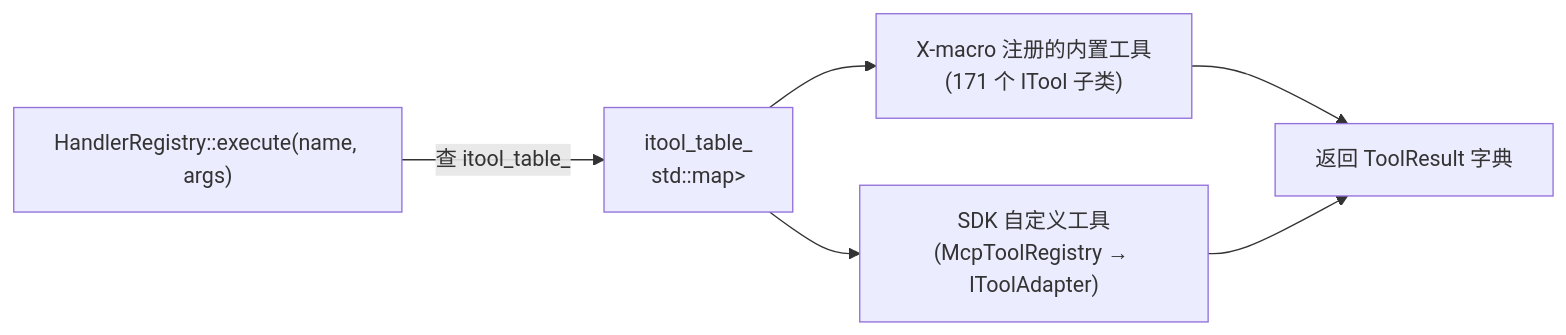
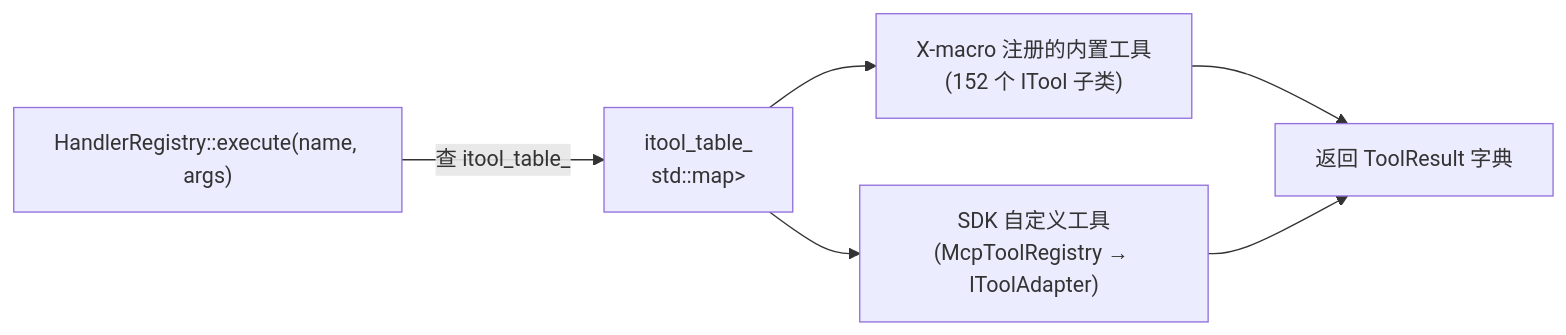
One commit to jesspig/GodotMCP-GDExtension changed the second of 2 diagrams in .repo_wiki/modules/command-routing.md. Above: the diagram before and after it, drawn with Mermaid. The commit also changed 15 other files, not shown here.

````diff
--- a/.repo_wiki/modules/command-routing.md
+++ b/.repo_wiki/modules/command-routing.md
@@ -34,13 +34,13 @@
 ```mermaid
 flowchart LR
     REG["HandlerRegistry::execute(name, args)"]
     ITBL["itool_table_<br/>std::map<String, unique_ptr<ITool>>"]
-    BUILTIN["X-macro 注册的内置工具<br/>(171 个 ITool 子类)"]
+    BUILTIN["X-macro 注册的内置工具<br/>(152 个 ITool 子类)"]
     SDK["SDK 自定义工具<br/>(McpToolRegistry → IToolAdapter)"]
     RES["返回 ToolResult 字典"]
     REG -->|"查 itool_table_"| ITBL
     ITBL --> BUILTIN
     ITBL --> SDK
     BUILTIN --> RES
     SDK --> RES
 ```
````
